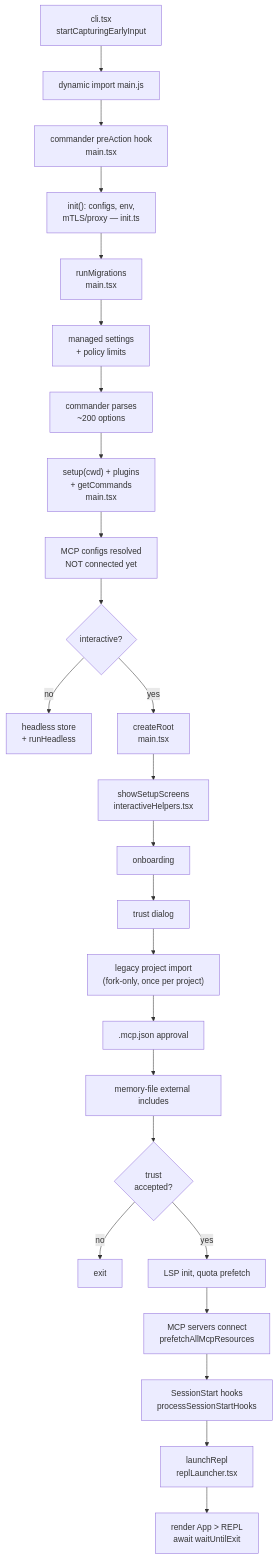
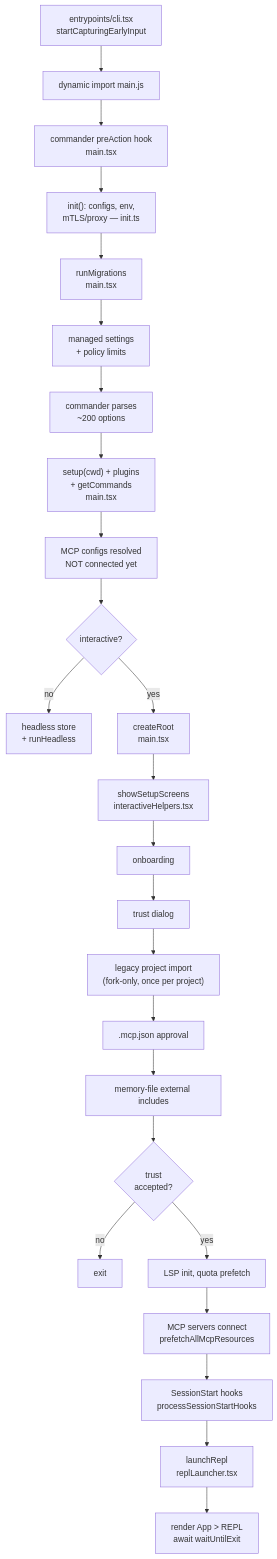
The second of 8 diagrams in docs/ARCHITECTURE.md (cristianizzo/axa-chat), drawn with Mermaid before and after one commit. The commit also changed other lines of this file, not shown here.

First line of the commit message:
docs: state the path convention, and drop the diagram's inverted label

````diff
--- a/docs/ARCHITECTURE.md
+++ b/docs/ARCHITECTURE.md
@@ -67,27 +82,27 @@
 ```mermaid
 flowchart TD
-    A["cli.tsx<br/>startCapturingEarlyInput"] --> B["dynamic import main.js"]
+    A["entrypoints/cli.tsx<br/>startCapturingEarlyInput"] --> B["dynamic import main.js"]
     B --> C["commander preAction hook<br/>main.tsx"]
     C --> C1["init(): configs, env,<br/>mTLS/proxy — init.ts"]
     C1 --> C2["runMigrations<br/>main.tsx"]
     C2 --> C3["managed settings<br/>+ policy limits"]
     C3 --> D["commander parses<br/>~200 options"]
     D --> E["setup(cwd) + plugins<br/>+ getCommands<br/>main.tsx"]
     E --> F["MCP configs resolved<br/>NOT connected yet"]
     F --> G{"interactive?"}
     G -->|no| H["headless store<br/>+ runHeadless"]
     G -->|yes| I["createRoot<br/>main.tsx"]
     I --> J["showSetupScreens<br/>interactiveHelpers.tsx"]
     J --> J1["onboarding"]
     J1 --> J2["trust dialog"]
     J2 --> J2a["legacy project import<br/>(fork-only, once per project)"]
     J2a --> J3[".mcp.json approval"]
     J3 --> J4["memory-file external includes"]
     J4 --> K{"trust<br/>accepted?"}
     K -->|no| L["exit"]
     K -->|yes| M["LSP init, quota prefetch"]
     M --> N["MCP servers connect<br/>prefetchAllMcpResources"]
     N --> O["SessionStart hooks<br/>processSessionStartHooks"]
     O --> P["launchRepl<br/>replLauncher.tsx"]
     P --> Q["render App > REPL<br/>await waitUntilExit"]
 ```
````
